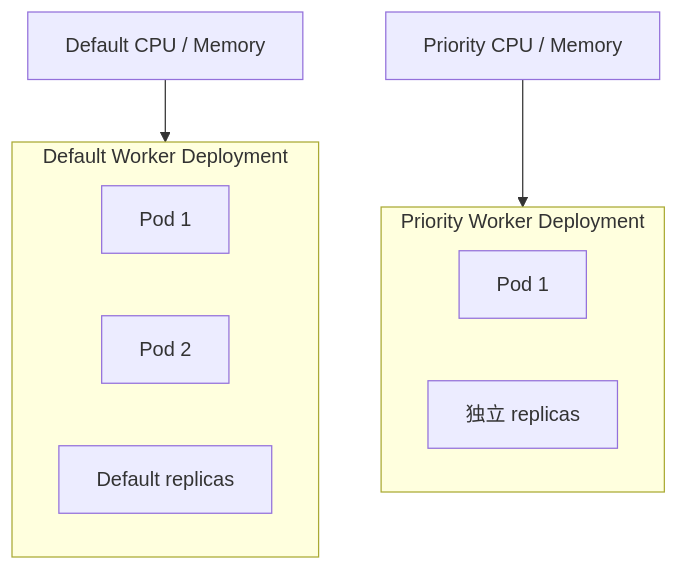
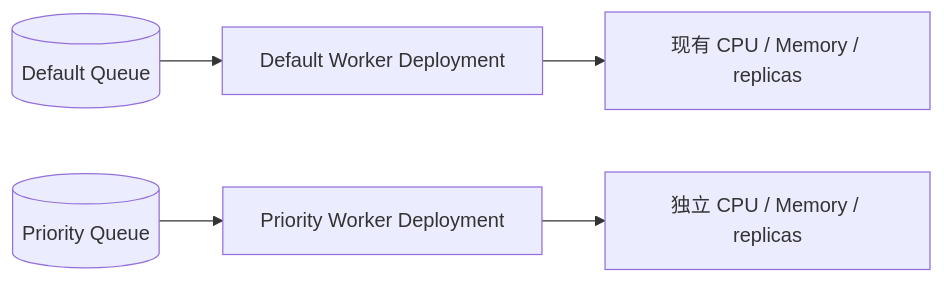
Before and after one commit to sgfd-ui/internship: the sixth of 6 diagrams in weekly-report/dify-execution-engine-isolation-plan.md, drawn with Mermaid. The commit also changed other lines of this file, not shown here.

Commit message:
docs: merge architecture chapters and refresh diagrams

````diff
--- a/weekly-report/dify-execution-engine-isolation-plan.md
+++ b/weekly-report/dify-execution-engine-isolation-plan.md
@@ -306,16 +255,8 @@
 ```mermaid
-flowchart TB
-    subgraph D[Default Worker Deployment]
-        D1[Pod 1]
-        D2[Pod 2]
-        DR[Default replicas]
-    end
+flowchart LR
+    DQ[(Default Queue)] --> DW[Default Worker Deployment]
+    PQ[(Priority Queue)] --> PW[Priority Worker Deployment]
 
-    subgraph P[Priority Worker Deployment]
-        P1[Pod 1]
-        PR[独立 replicas]
-    end
-
-    DC[Default CPU / Memory] --> D
-    PC[Priority CPU / Memory] --> P
+    DW --> DR[现有 CPU / Memory / replicas]
+    PW --> PR[独立 CPU / Memory / replicas]
 ```
````
